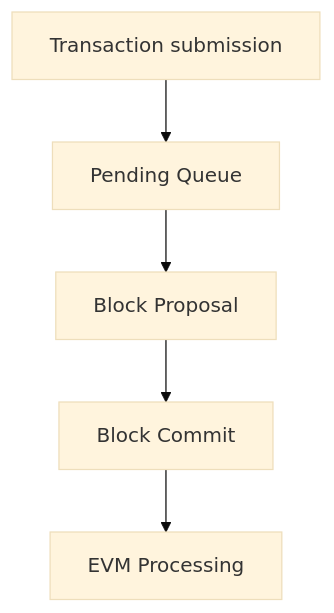
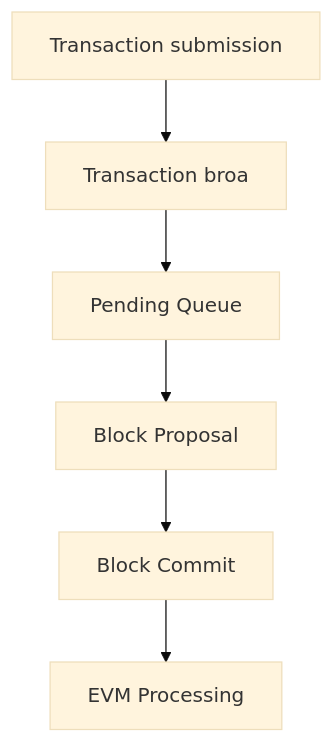
One commit to twizzworld/docs.skale.network changed the first of 2 diagrams in components/technology/modules/ROOT/pages/consensus-spec.adoc. Above: the diagram before and after it, drawn with Mermaid (base theme). The commit also changed other lines of this file, not shown here.

````diff
--- a/components/technology/modules/ROOT/pages/consensus-spec.adoc
+++ b/components/technology/modules/ROOT/pages/consensus-spec.adoc
@@ -19,4 +21,4 @@
 ```mermaid
 flowchart TD
-    b1[Transaction submission] --> b2[Pending Queue] --> b3[Block Proposal] --> b4[Block Commit] --> b5[EVM Processing]
+    b0[Transaction submission] --> b1[Transaction broa] --> b2[Pending Queue] --> b3[Block Proposal] --> b4[Block Commit] --> b5[EVM Processing]
 ```
````
